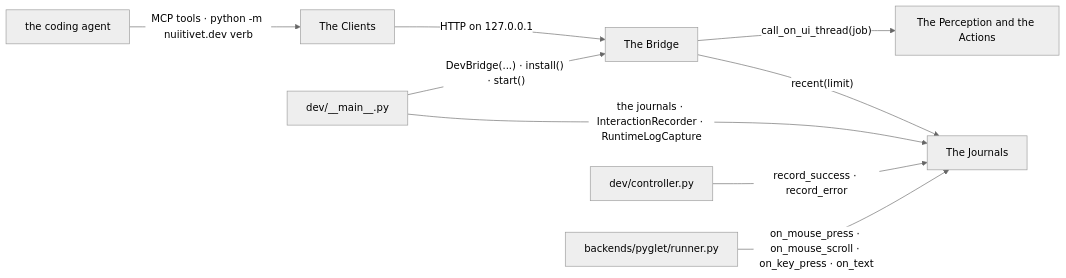
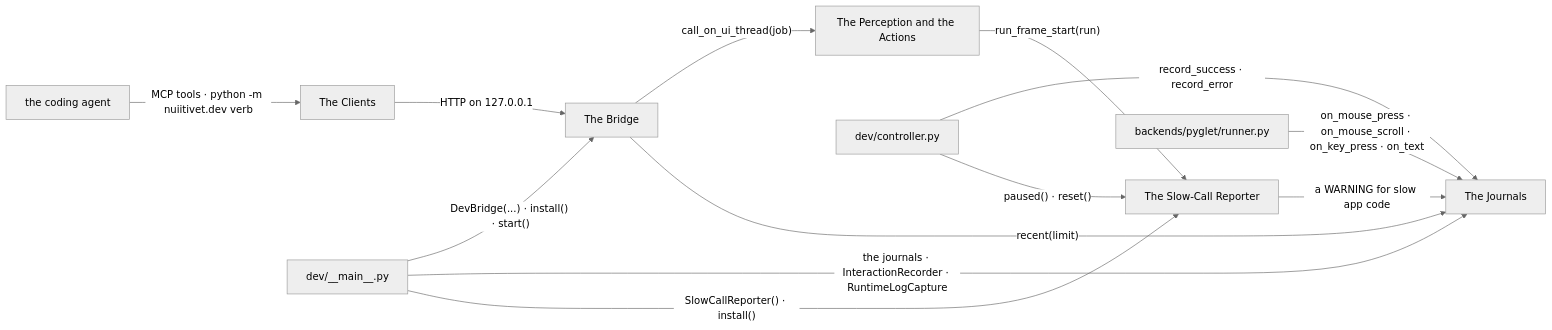
One commit to yuksblog/nuiitivet changed the first of 8 diagrams in docs/design/DEV_BRIDGE.md. Above: the diagram before and after it, drawn with Mermaid (neutral theme). The commit also changed other lines of this file and 18 other files, not shown here.

First line of the commit message:
feat(dev): report slow app code on the UI thread

````diff
--- a/docs/design/DEV_BRIDGE.md
+++ b/docs/design/DEV_BRIDGE.md
@@ -14,20 +14,25 @@
 ```mermaid
 flowchart LR
     clients[The Clients]
     bridge[The Bridge]
     perception[The Perception and the Actions]
     journals[The Journals]
+    reporter[The Slow-Call Reporter]
     runner[dev/__main__.py]
     controller[dev/controller.py]
     backend[backends/pyglet/runner.py]
     agent[the coding agent]
 
     agent -- "MCP tools · python -m nuiitivet.dev verb" --> clients
     clients -- "HTTP on 127.0.0.1" --> bridge
     bridge -- "call_on_ui_thread(job)" --> perception
     bridge -- "recent(limit)" --> journals
     runner -- "DevBridge(...) · install() · start()" --> bridge
     runner -- "the journals · InteractionRecorder · RuntimeLogCapture" --> journals
     controller -- "record_success · record_error" --> journals
     backend -- "on_mouse_press · on_mouse_scroll · on_key_press · on_text" --> journals
+    runner -- "SlowCallReporter() · install()" --> reporter
+    controller -- "paused() · reset()" --> reporter
+    perception -- "run_frame_start(run)" --> reporter
+    reporter -- "a WARNING for slow app code" --> journals
 ```
````
